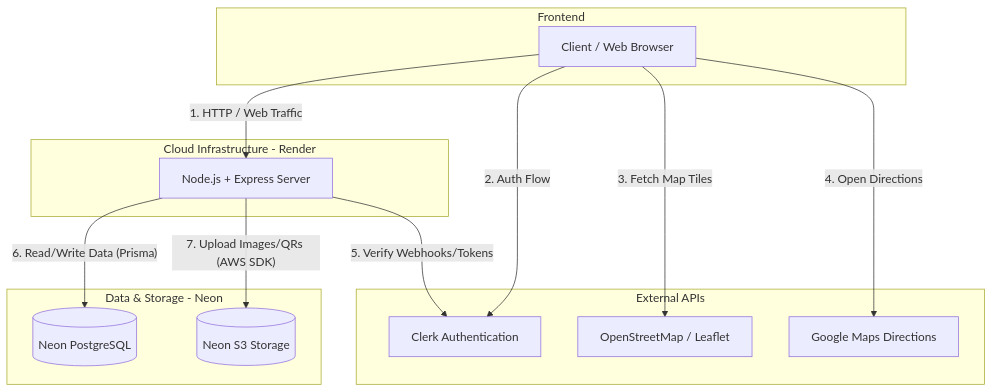
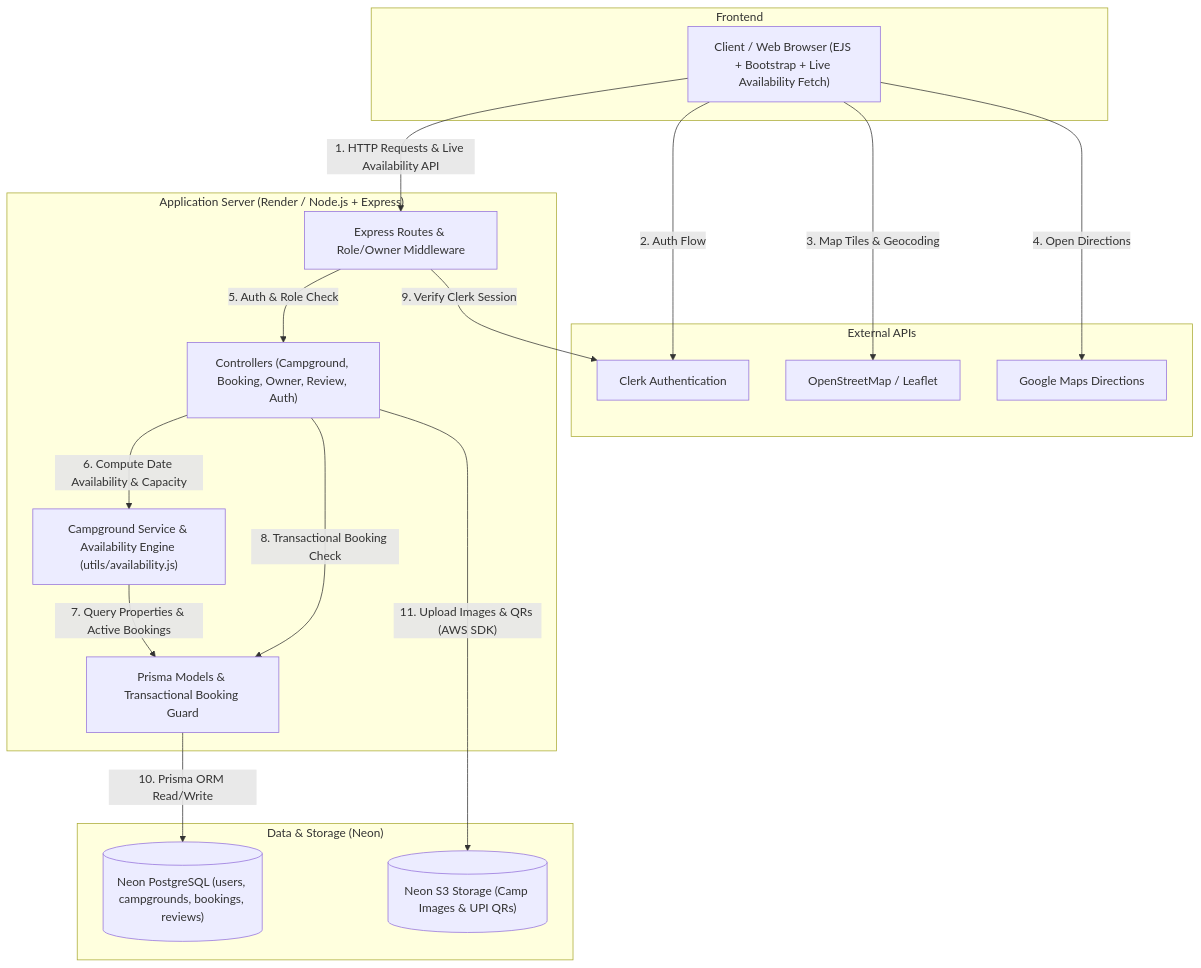
One commit to duttaabhirupdev10/Camp_Vista changed the diagram in readme.md. Above: the diagram before and after it, drawn with Mermaid. The commit also changed other lines of this file, not shown here.

````diff
--- a/readme.md
+++ b/readme.md
@@ -39,31 +41,41 @@
 ```mermaid
 flowchart TD
-    subgraph Frontend [Frontend]
-        Client[Client / Web Browser]
+    subgraph Frontend ["Frontend"]
+        Client["Client / Web Browser (EJS + Bootstrap + Live Availability Fetch)"]
     end
 
-    subgraph ExternalAPIs [External APIs]
-        Clerk[Clerk Authentication]
-        OSM[OpenStreetMap / Leaflet]
-        Google[Google Maps Directions]
+    subgraph ExternalAPIs ["External APIs"]
+        Clerk["Clerk Authentication"]
+        OSM["OpenStreetMap / Leaflet"]
+        Google["Google Maps Directions"]
     end
 
-    subgraph CloudInfrastructure [Cloud Infrastructure - Render]
-        NodeApp[Node.js + Express Server]
+    subgraph CloudInfrastructure ["Application Server (Render / Node.js + Express)"]
+        Routes["Express Routes & Role/Owner Middleware"]
+        Controllers["Controllers (Campground, Booking, Owner, Review, Auth)"]
+        Service["Campground Service & Availability Engine (utils/availability.js)"]
+        Models["Prisma Models & Transactional Booking Guard"]
     end
 
-    subgraph DataStorage [Data & Storage - Neon]
-        Postgres[(Neon PostgreSQL)]
-        S3Bucket[(Neon S3 Storage)]
+    subgraph DataStorage ["Data & Storage (Neon)"]
+        Postgres[("Neon PostgreSQL (users, campgrounds, bookings, reviews)")]
+        S3Bucket[("Neon S3 Storage (Camp Images & UPI QRs)")]
     end
 
-    %% Connections
-    Client -- "1. HTTP / Web Traffic" --> NodeApp
+    %% Client & External API flows
+    Client -- "1. HTTP Requests & Live Availability API" --> Routes
     Client -- "2. Auth Flow" --> Clerk
-    Client -- "3. Fetch Map Tiles" --> OSM
+    Client -- "3. Map Tiles & Geocoding" --> OSM
     Client -- "4. Open Directions" --> Google
 
-    NodeApp -- "5. Verify Webhooks/Tokens" --> Clerk
-    NodeApp -- "6. Read/Write Data (Prisma)" --> Postgres
-    NodeApp -- "7. Upload Images/QRs (AWS SDK)" --> S3Bucket
+    %% Backend Layered Flow
+    Routes -- "5. Auth & Role Check" --> Controllers
+    Controllers -- "6. Compute Date Availability & Capacity" --> Service
+    Service -- "7. Query Properties & Active Bookings" --> Models
+    Controllers -- "8. Transactional Booking Check" --> Models
+
+    %% Persistence & External Integrations
+    Routes -- "9. Verify Clerk Session" --> Clerk
+    Models -- "10. Prisma ORM Read/Write" --> Postgres
+    Controllers -- "11. Upload Images & QRs (AWS SDK)" --> S3Bucket
 ```
````
